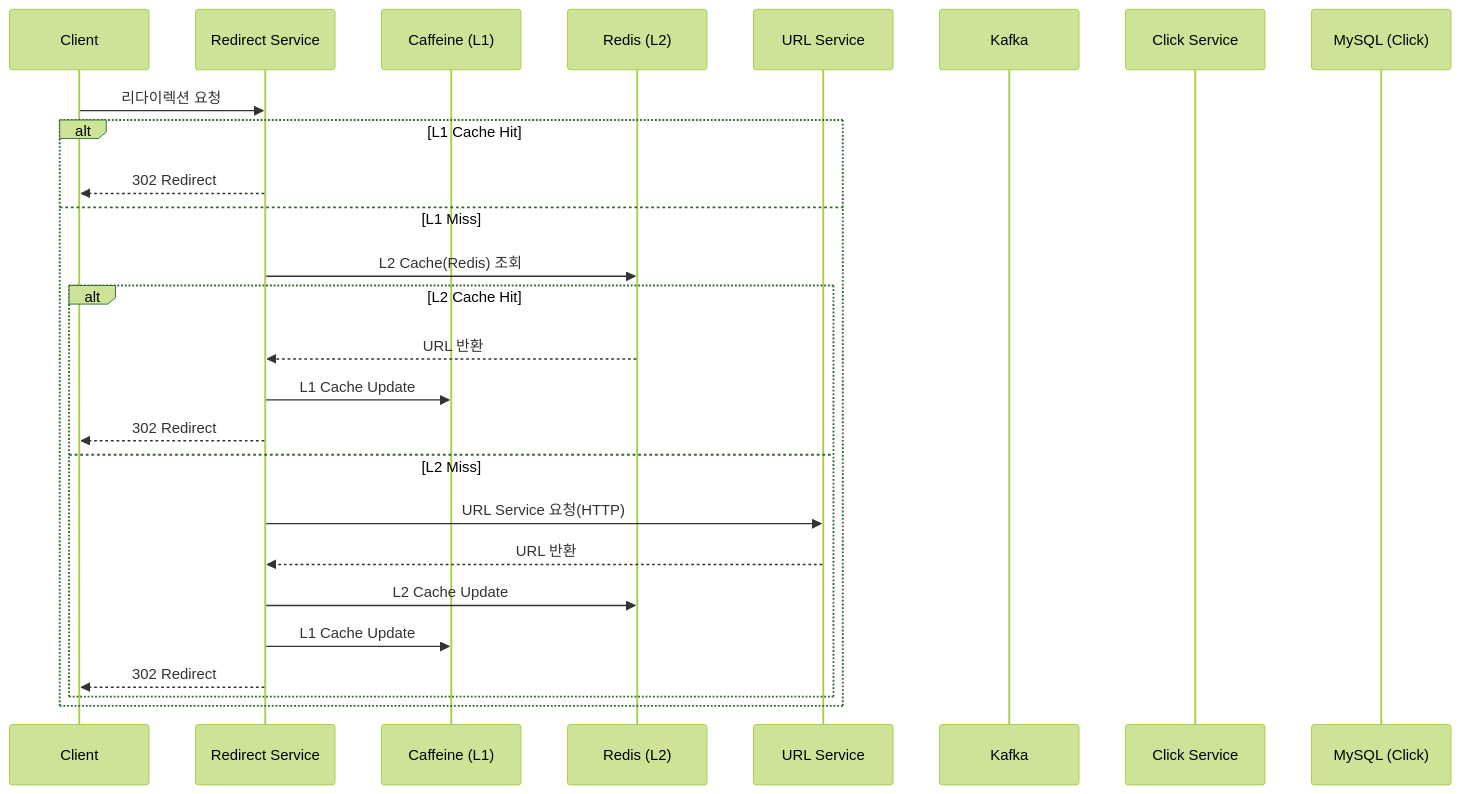
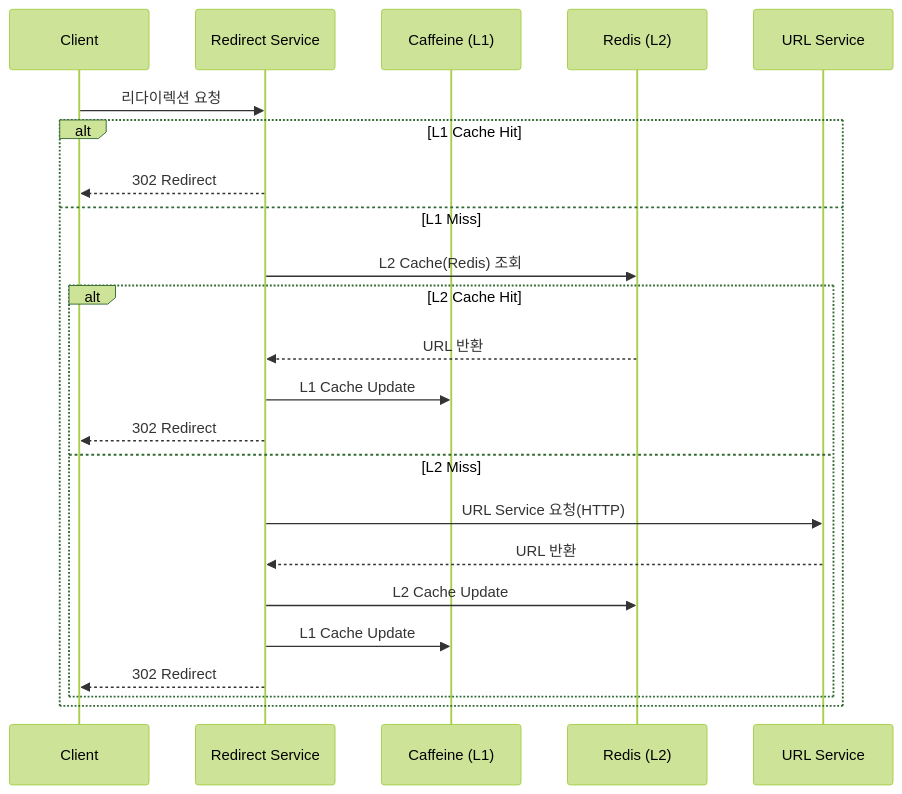
Before and after one commit to youKeon/shortly: the second of 2 diagrams in README.md, drawn with Mermaid (forest theme). The commit also changed other lines of this file and 2 other files, not shown here.

````diff
--- a/README.md
+++ b/README.md
@@ -49,30 +57,27 @@
 ```mermaid
 sequenceDiagram
     participant Client
     participant RS as Redirect Service
     participant L1 as Caffeine (L1)
     participant L2 as Redis (L2)
     participant US as URL Service
-    participant Kafka
-    participant CS as Click Service
-    participant DB_C as MySQL (Click)
 
     Client->>RS: 리다이렉션 요청
 
     alt L1 Cache Hit
         RS-->>Client: 302 Redirect
     else L1 Miss
         RS->>L2: L2 Cache(Redis) 조회
         alt L2 Cache Hit
             L2-->>RS: URL 반환
             RS->>L1: L1 Cache Update
             RS-->>Client: 302 Redirect
         else L2 Miss
             RS->>US: URL Service 요청(HTTP)
             US-->>RS: URL 반환
             RS->>L2: L2 Cache Update
             RS->>L1: L1 Cache Update
             RS-->>Client: 302 Redirect
         end
     end
 ```
````
